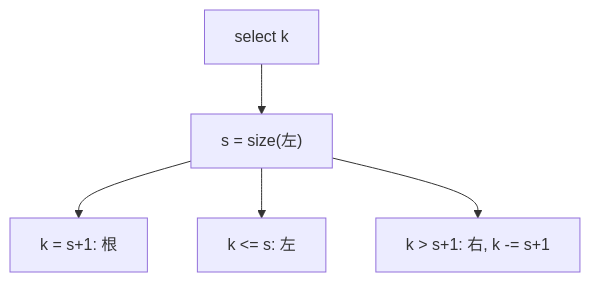
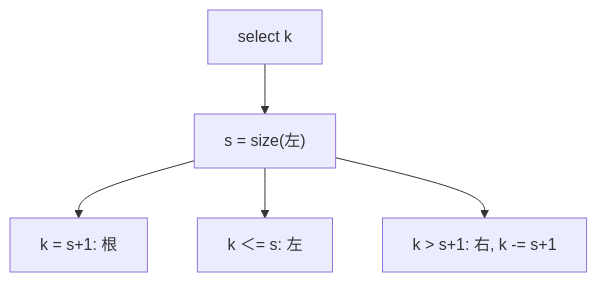
One commit to xhongduo-tech/xhongduo-tech.github.io changed the diagram in docs/cs/order-statistic-tree.md. Above: the diagram before and after it, drawn with Mermaid. The commit also changed 772 other files, not shown here.

````diff
--- a/docs/cs/order-statistic-tree.md
+++ b/docs/cs/order-statistic-tree.md
@@ -28,7 +28,7 @@
 ```mermaid
 flowchart TD
   K["select k"] --> LSIZE["s = size(左)"]
   LSIZE --> EQ["k = s+1: 根"]
-  LSIZE --> LEFT["k <= s: 左"]
+  LSIZE --> LEFT["k ＜= s: 左"]
   LSIZE --> RIGHT["k > s+1: 右, k -= s+1"]
 ```
````
